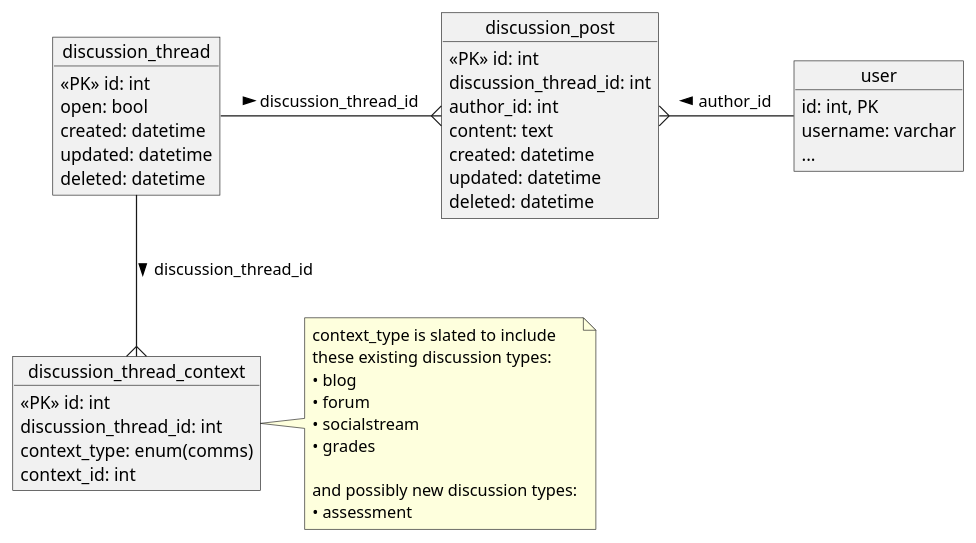
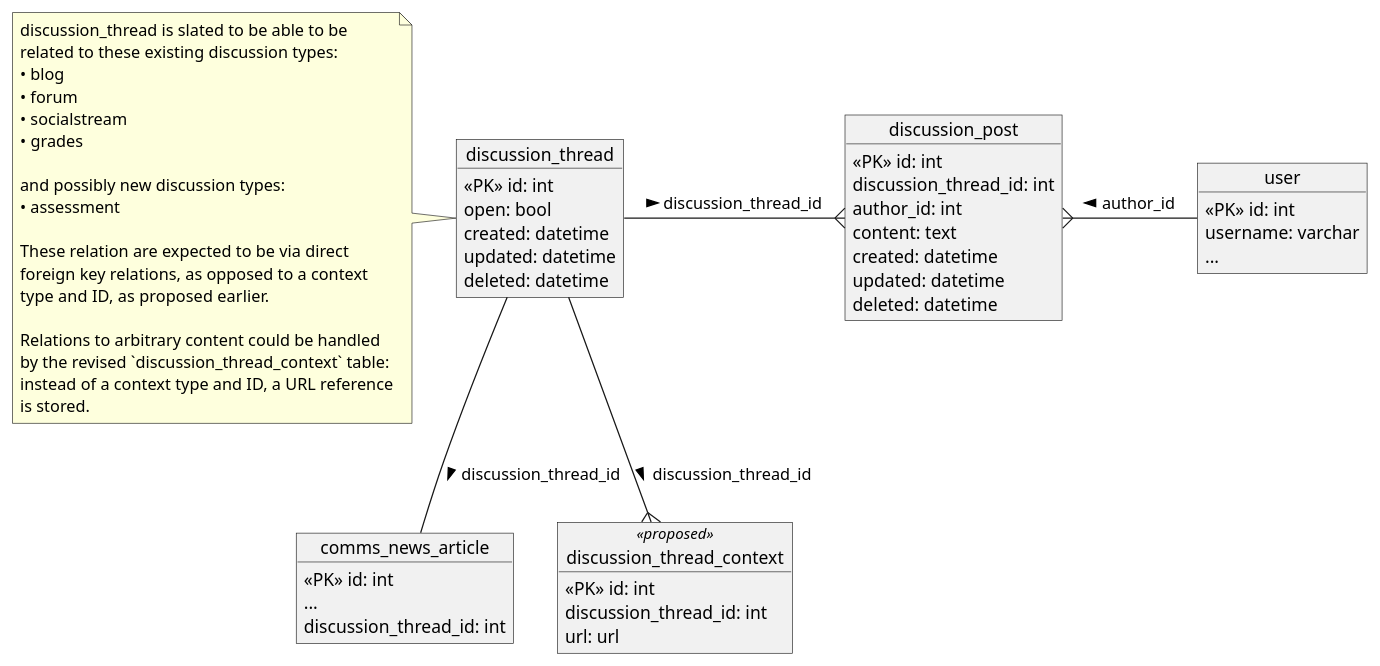
The diagram in library/Schoolbox/Discussion/database.puml (juliaattrevisan/schoolbox-api-docs), drawn with PlantUML before and after one commit.

Commit message:
Propose new schema [SA-8097]

```diff
--- a/library/Schoolbox/Discussion/database.puml
+++ b/library/Schoolbox/Discussion/database.puml
@@ -1,55 +1,71 @@
 @startuml
 
 hide empty fields
 hide empty methods
 
 object discussion_thread {
     <<PK>> id: int
     open: bool
     created: datetime
     updated: datetime
     deleted: datetime
 }
 
+note left
+discussion_thread is slated to be able to be
+related to these existing discussion types:
+• blog
+• forum
+• socialstream
+• grades
+
+and possibly new discussion types:
+• assessment
+
+These relation are expected to be via direct
+foreign key relations, as opposed to a context
+type and ID, as proposed earlier.
+
+Relations to arbitrary content could be handled
+by the revised `discussion_thread_context` table:
+instead of a context type and ID, a URL reference
+is stored.
+end note
+
 object discussion_post {
     <<PK>> id: int
     discussion_thread_id: int
     author_id: int
     content: text
     created: datetime
     updated: datetime
     deleted: datetime
 }
 
-object discussion_thread_context {
+object comms_news_article {
+    <<PK>> id: int
+    ...
+    discussion_thread_id: int
+}
+
+object discussion_thread_context <<proposed>> {
     <<PK>> id: int
     discussion_thread_id: int
-    context_type: enum(comms)
-    context_id: int
+    url: url
 }
 
-note right
-context_type is slated to include
-these existing discussion types:
-• blog
-• forum
-• socialstream
-• grades
-
-and possibly new discussion types:
-• assessment
-end note
-
 object user {
-    id: int, PK
+    <<PK>> id: int
     username: varchar
     ...
 }
 
 discussion_thread -r-{ discussion_post : discussion_thread_id >
 
 discussion_post }-r- user : author_id <
 
+discussion_thread -d- comms_news_article : discussion_thread_id >
+
 discussion_thread -d-{ discussion_thread_context : discussion_thread_id >
 
 @enduml
```
